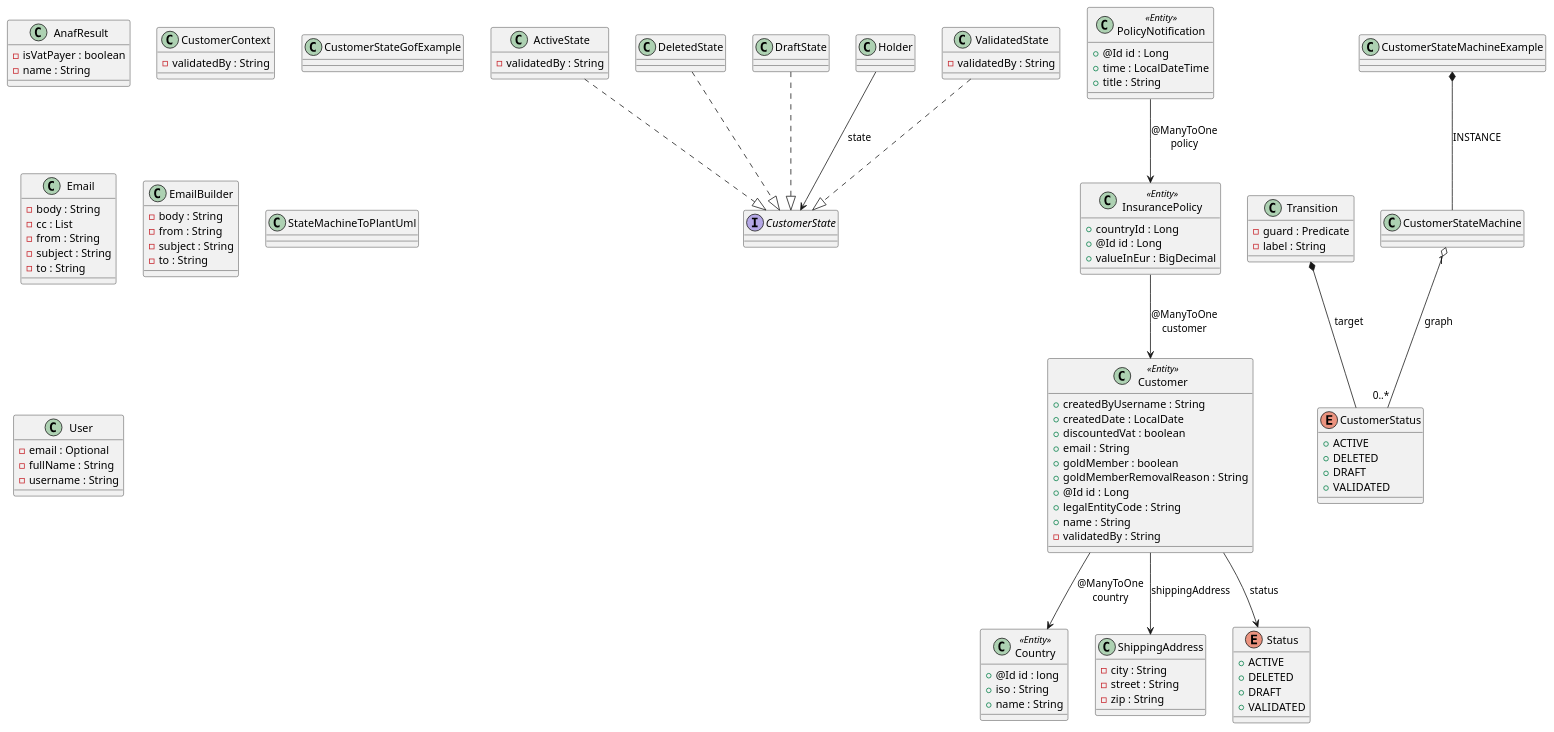
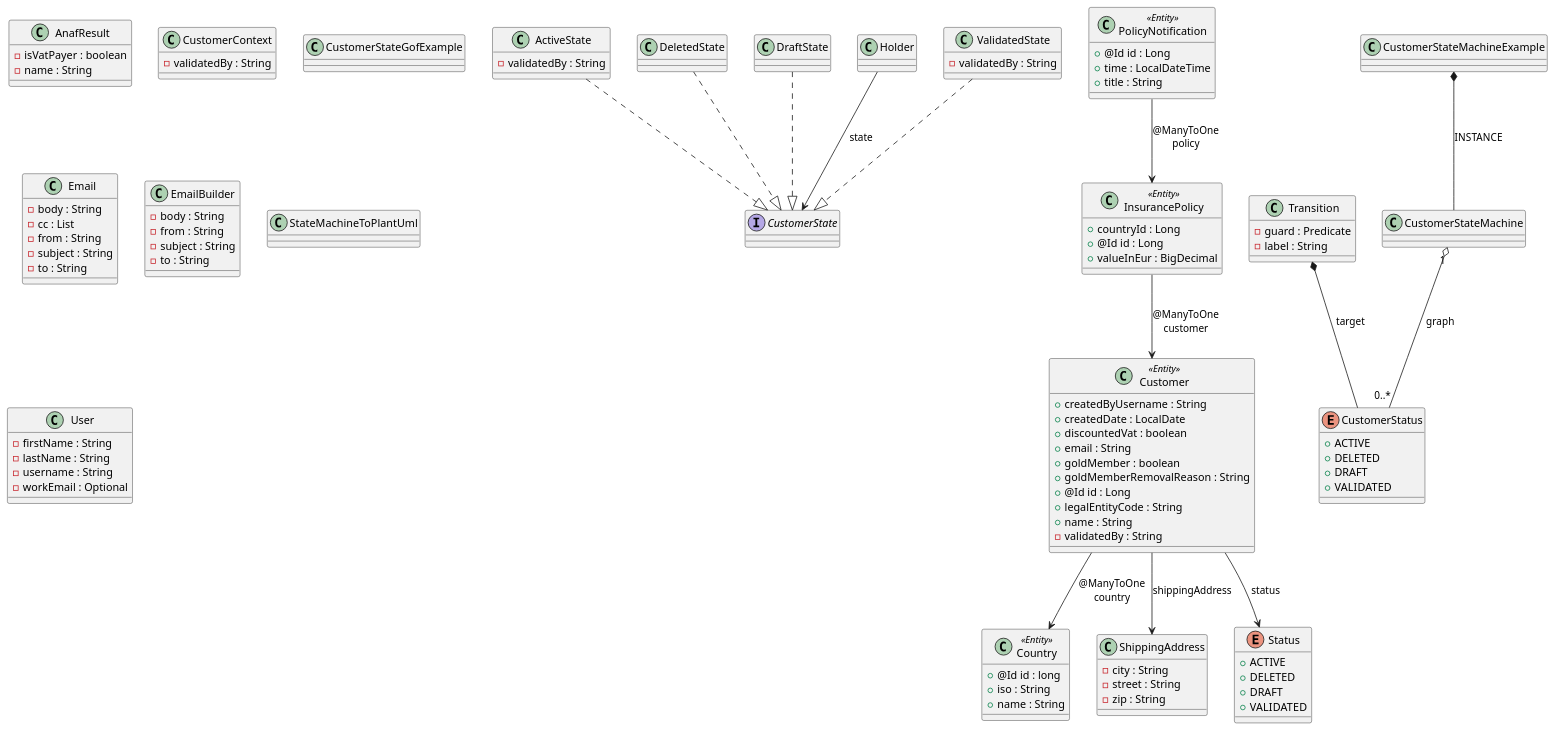
The diagram in clean-application/domain.puml (victorrentea/clean-architecture), drawn with PlantUML before and after one commit. The commit also changed 3 other files, not shown here.

```diff
--- a/clean-application/domain.puml
+++ b/clean-application/domain.puml
@@ -1,161 +1,162 @@
 @startuml
 
 class ActiveState {
 	{field} -validatedBy : String
 }
 
 
 class AnafResult {
 	{field} -isVatPayer : boolean
 	{field} -name : String
 }
 
 
 class Country <<Entity>>  {
 	{field} +@Id id : long
 	{field} +iso : String
 	{field} +name : String
 }
 
 
 class Customer <<Entity>>  {
 	{field} +createdByUsername : String
 	{field} +createdDate : LocalDate
 	{field} +discountedVat : boolean
 	{field} +email : String
 	{field} +goldMember : boolean
 	{field} +goldMemberRemovalReason : String
 	{field} +@Id id : Long
 	{field} +legalEntityCode : String
 	{field} +name : String
 	{field} -validatedBy : String
 }
 
 
 class CustomerContext {
 	{field} -validatedBy : String
 }
 
 
 interface CustomerState {
 }
 
 
 class CustomerStateGofExample {
 }
 
 
 class CustomerStateMachine {
 }
 
 
 class CustomerStateMachineExample {
 }
 
 
 enum CustomerStatus {
 	{field} +ACTIVE
 	{field} +DELETED
 	{field} +DRAFT
 	{field} +VALIDATED
 }
 
 
 class DeletedState {
 }
 
 
 class DraftState {
 }
 
 
 class Email {
 	{field} -body : String
 	{field} -cc : List
 	{field} -from : String
 	{field} -subject : String
 	{field} -to : String
 }
 
 
 class EmailBuilder {
 	{field} -body : String
 	{field} -from : String
 	{field} -subject : String
 	{field} -to : String
 }
 
 
 class Holder {
 }
 
 
 class InsurancePolicy <<Entity>>  {
 	{field} +countryId : Long
 	{field} +@Id id : Long
 	{field} +valueInEur : BigDecimal
 }
 
 
 class PolicyNotification <<Entity>>  {
 	{field} +@Id id : Long
 	{field} +time : LocalDateTime
 	{field} +title : String
 }
 
 
 class ShippingAddress {
 	{field} -city : String
 	{field} -street : String
 	{field} -zip : String
 }
 
 
 class StateMachineToPlantUml {
 }
 
 
 enum Status {
 	{field} +ACTIVE
 	{field} +DELETED
 	{field} +DRAFT
 	{field} +VALIDATED
 }
 
 
 class Transition {
 	{field} -guard : Predicate
 	{field} -label : String
 }
 
 
 class User {
-	{field} -email : Optional
-	{field} -fullName : String
+	{field} -firstName : String
+	{field} -lastName : String
 	{field} -username : String
+	{field} -workEmail : Optional
 }
 
 
 class ValidatedState {
 	{field} -validatedBy : String
 }
 
 
 
 
 ActiveState ..|>  CustomerState
 Customer -->  Country :  @ManyToOne\ncountry
 Customer -->  ShippingAddress : shippingAddress
 Customer -->  Status : status
 CustomerStateMachine "1" o-- "0..*"  CustomerStatus : graph
 CustomerStateMachineExample *--  CustomerStateMachine : INSTANCE
 DeletedState ..|>  CustomerState
 DraftState ..|>  CustomerState
 Holder -->  CustomerState : state
 InsurancePolicy -->  Customer :  @ManyToOne\ncustomer
 PolicyNotification -->  InsurancePolicy :  @ManyToOne\npolicy
 Transition *--  CustomerStatus : target
 ValidatedState ..|>  CustomerState
 
 
 @enduml
```
